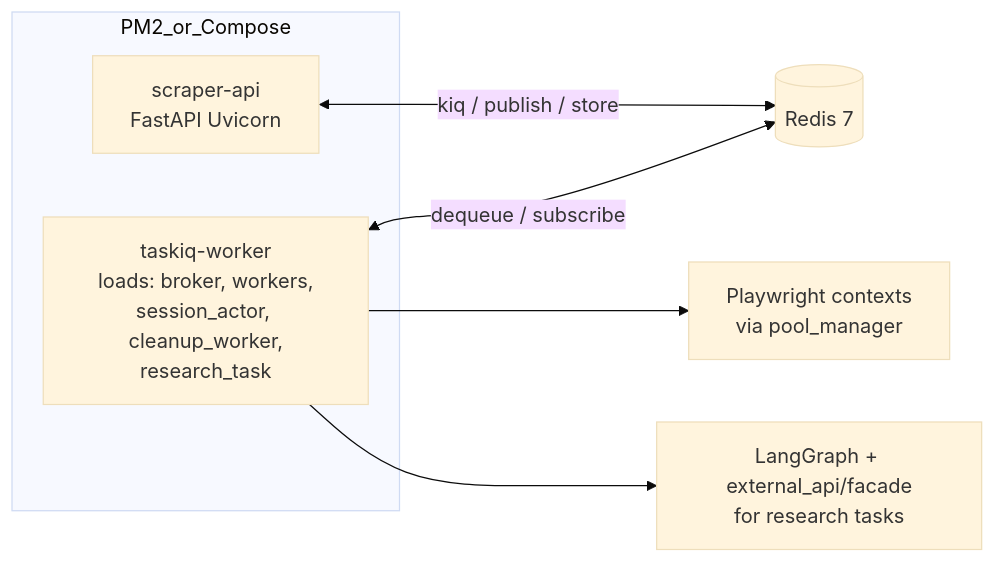
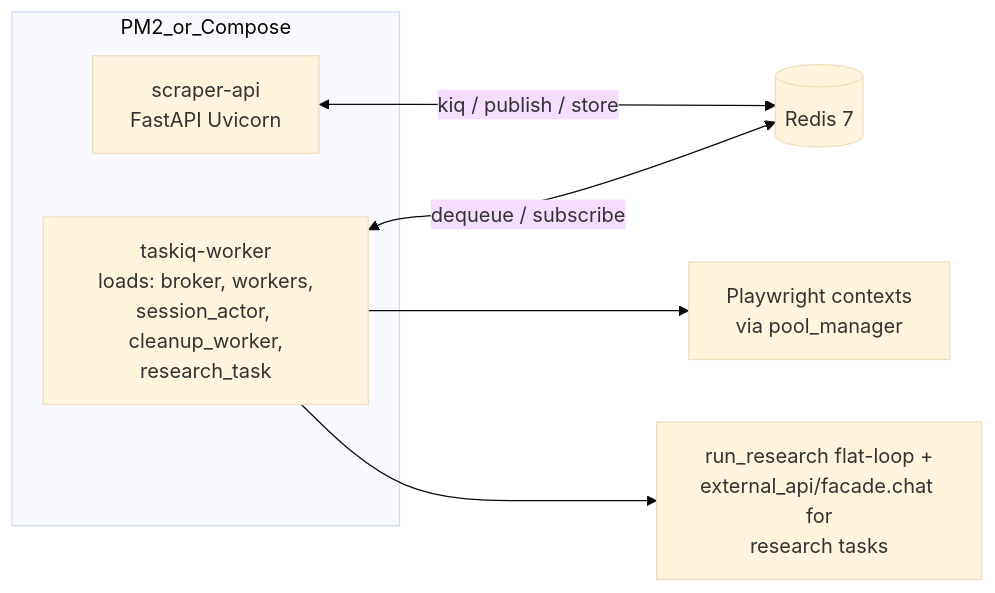
One commit to volk6022/Atomic-Scraper-Service changed the fourth of 4 diagrams in docs/codebase-report/11-infra-queue.md. Above: the diagram before and after it, drawn with Mermaid (base theme). The commit also changed other lines of this file and 39 other files, not shown here.

````diff
--- a/docs/codebase-report/11-infra-queue.md
+++ b/docs/codebase-report/11-infra-queue.md
@@ -160,12 +157,12 @@
 ```mermaid
 flowchart LR
     subgraph PM2_or_Compose
         API[scraper-api<br/>FastAPI Uvicorn]
         Worker[taskiq-worker<br/>loads: broker, workers,<br/>session_actor, cleanup_worker,<br/>research_task]
     end
     Redis[(Redis 7)]
     API <-->|kiq / publish / store| Redis
     Worker <-->|dequeue / subscribe| Redis
     Worker --> PW[Playwright contexts<br/>via pool_manager]
-    Worker --> LG[LangGraph + external_api/facade<br/>for research tasks]
+    Worker --> RA[run_research flat-loop +<br/>external_api/facade.chat for<br/>research tasks]
 ```
````
